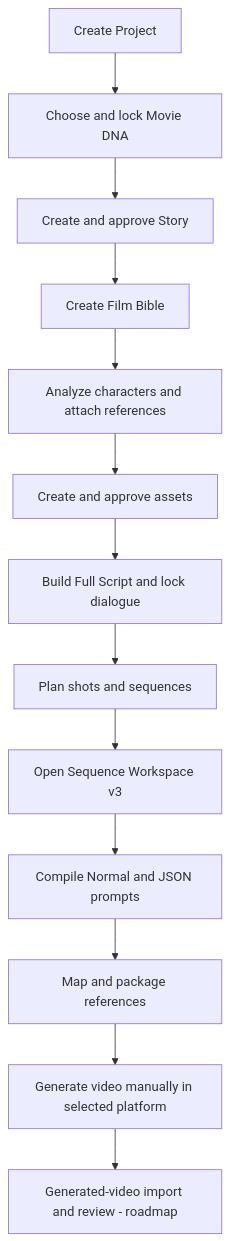
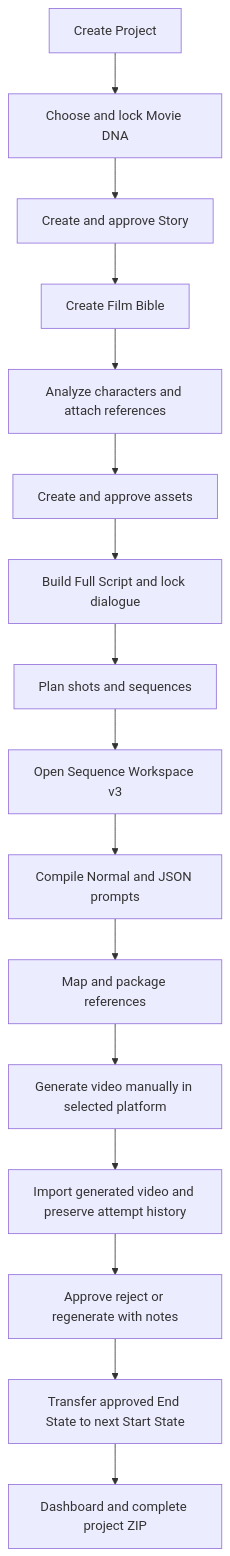
Before and after one commit to momorzq-oss/Continuity-Studio: the diagram in README.md, drawn with Mermaid. The commit also changed other lines of this file and 95 other files, not shown here.

Commit message:
Add generated video return and tutorial workflow

````diff
--- a/README.md
+++ b/README.md
@@ -39,15 +41,18 @@
 ```mermaid
 flowchart TD
   A[Create Project] --> B[Choose and lock Movie DNA]
   B --> C[Create and approve Story]
   C --> D[Create Film Bible]
   D --> E[Analyze characters and attach references]
   E --> F[Create and approve assets]
   F --> G[Build Full Script and lock dialogue]
   G --> H[Plan shots and sequences]
   H --> I[Open Sequence Workspace v3]
   I --> J[Compile Normal and JSON prompts]
   J --> K[Map and package references]
   K --> L[Generate video manually in selected platform]
-  L --> M[Generated-video import and review - roadmap]
+  L --> M[Import generated video and preserve attempt history]
+  M --> N[Approve reject or regenerate with notes]
+  N --> O[Transfer approved End State to next Start State]
+  O --> P[Dashboard and complete project ZIP]
 ```
````
